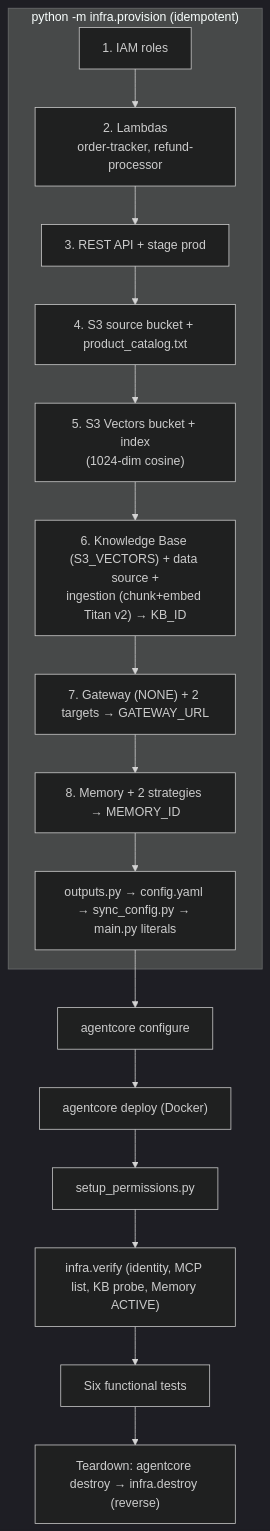
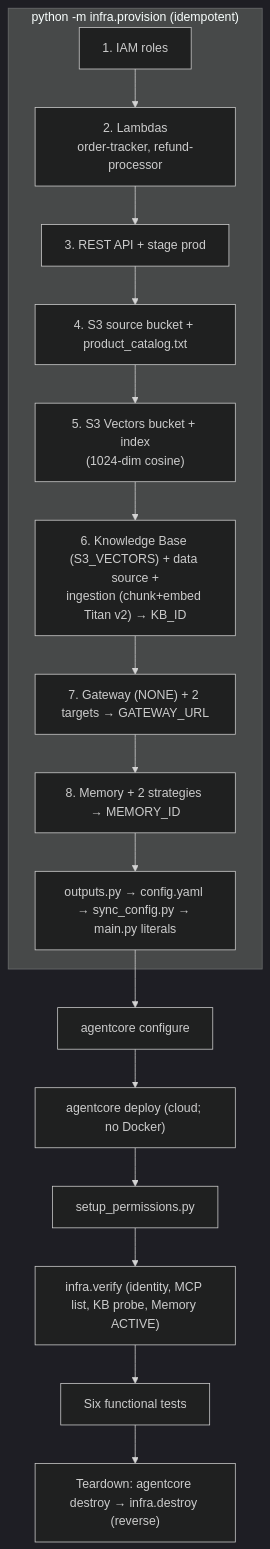
The sixth of 7 diagrams in docs/ARCHITECTURE.md (guigasque/aws-agentcore-bedrock-strands-sdk), drawn with Mermaid (dark theme) before and after one commit. The commit also changed 16 other files, not shown here.

````diff
--- a/docs/ARCHITECTURE.md
+++ b/docs/ARCHITECTURE.md
@@ -160,19 +160,19 @@
 ```mermaid
 flowchart TD
     subgraph prov["python -m infra.provision (idempotent)"]
         i1["1. IAM roles"] --> i2["2. Lambdas<br/>order-tracker, refund-processor"]
         i2 --> i3["3. REST API + stage prod"]
         i3 --> i4["4. S3 source bucket + product_catalog.txt"]
         i4 --> i5["5. S3 Vectors bucket + index<br/>(1024-dim cosine)"]
         i5 --> i6["6. Knowledge Base (S3_VECTORS) + data source +<br/>ingestion (chunk+embed Titan v2) → KB_ID"]
         i6 --> i7["7. Gateway (NONE) + 2 targets → GATEWAY_URL"]
         i7 --> i8["8. Memory + 2 strategies → MEMORY_ID"]
         i8 --> i9["outputs.py → config.yaml → sync_config.py → main.py literals"]
     end
     i9 --> d1["agentcore configure"]
-    d1 --> d2["agentcore deploy (Docker)"]
+    d1 --> d2["agentcore deploy (cloud; no Docker)"]
     d2 --> d3["setup_permissions.py"]
     d3 --> d4["infra.verify (identity, MCP list, KB probe, Memory ACTIVE)"]
     d4 --> tests["Six functional tests"]
     tests --> td["Teardown: agentcore destroy → infra.destroy (reverse)"]
 ```
````
